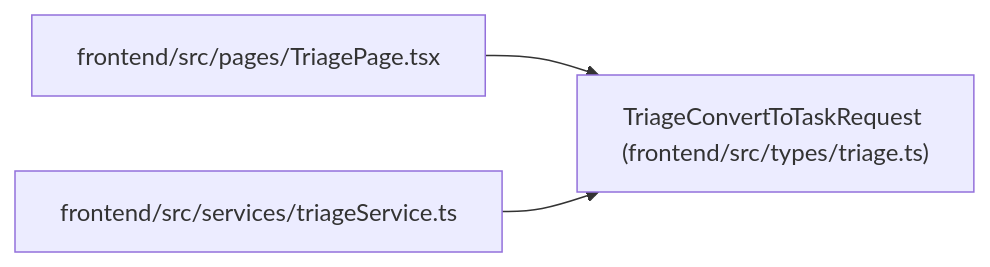
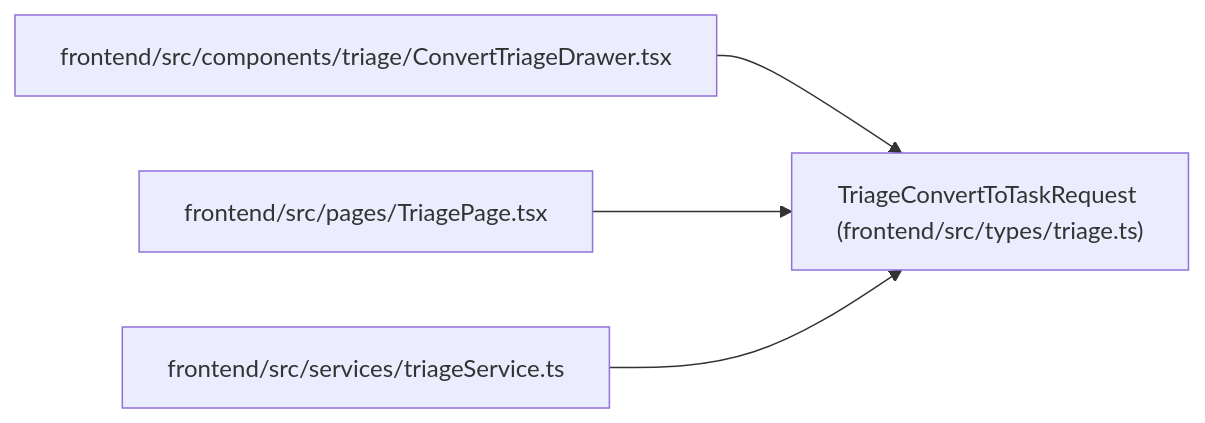
The diagram in docs/llm_wiki/entities/types_triage_TriageConvertToTaskRequest.md (Denissvgn/WorkChord), drawn with Mermaid before and after one commit. The commit also changed other lines of this file and 2373 other files, not shown here.

````diff
--- a/docs/llm_wiki/entities/types_triage_TriageConvertToTaskRequest.md
+++ b/docs/llm_wiki/entities/types_triage_TriageConvertToTaskRequest.md
@@ -36,11 +36,14 @@
 ```mermaid
 flowchart LR
     n0["TriageConvertToTaskRequest (frontend/src/types/triage.ts)"]
-    n1["frontend/src/pages/TriagePage.tsx"]
-    n2["frontend/src/services/triageService.ts"]
+    n1["frontend/src/components/triage/ConvertTriageDrawer.tsx"]
+    n2["frontend/src/pages/TriagePage.tsx"]
+    n3["frontend/src/services/triageService.ts"]
     n1 --> n0
     n2 --> n0
+    n3 --> n0
     click n0 "../modules/types_triage.md"
-    click n1 "../modules/TriagePage.md"
-    click n2 "../modules/triageService.md"
+    click n1 "../modules/ConvertTriageDrawer.md"
+    click n2 "../modules/TriagePage.md"
+    click n3 "../modules/triageService.md"
 ```
````
